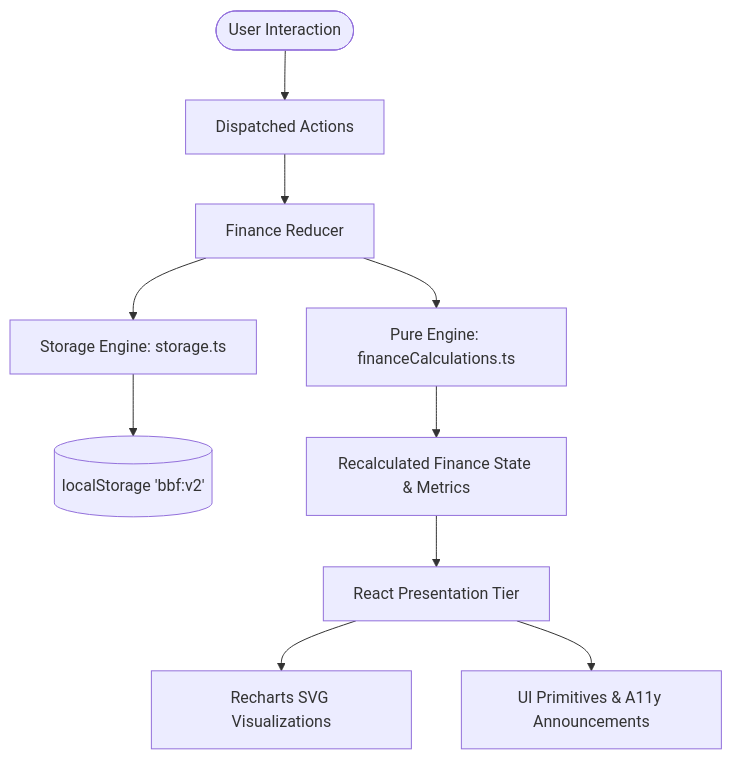
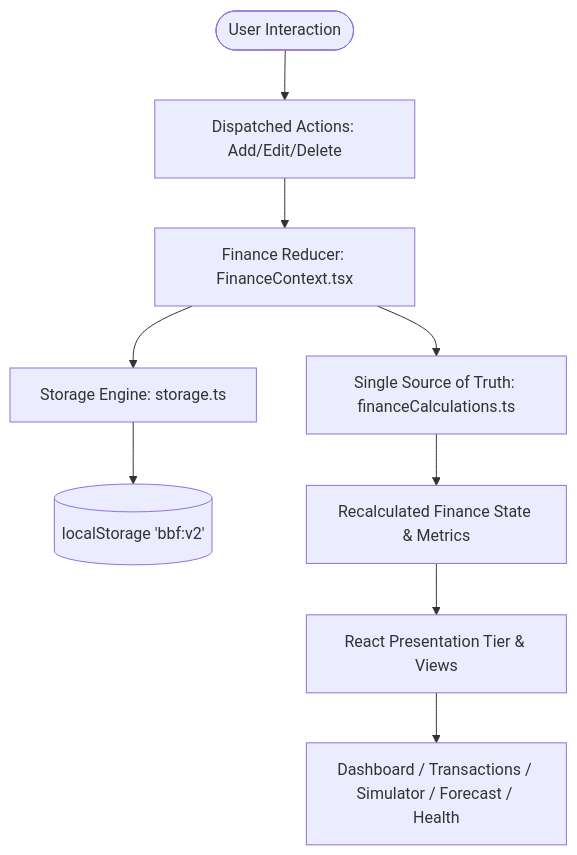
The diagram in README.md (gopalshinde01/broke-but-functional-), drawn with Mermaid before and after one commit. The commit also changed other lines of this file and 22 other files, not shown here.

Commit message:
feat: complete financial requirements, dedicated forecast & health views, and audit gap remediation

````diff
--- a/README.md
+++ b/README.md
@@ -90,12 +92,11 @@
 ```mermaid
 graph TD
-    User([User Interaction]) --> Actions[Dispatched Actions]
-    Actions --> Reducer[Finance Reducer]
-    Reducer --> Engine[Pure Engine: financeCalculations.ts]
+    User([User Interaction]) --> Actions[Dispatched Actions: Add/Edit/Delete]
+    Actions --> Reducer[Finance Reducer: FinanceContext.tsx]
+    Reducer --> Engine[Single Source of Truth: financeCalculations.ts]
     Reducer --> Storage[Storage Engine: storage.ts]
     Storage --> LS[(localStorage 'bbf:v2')]
     Engine --> ContextState[Recalculated Finance State & Metrics]
-    ContextState --> Presentation[React Presentation Tier]
-    Presentation --> Recharts[Recharts SVG Visualizations]
-    Presentation --> UIPrimitives[UI Primitives & A11y Announcements]
+    ContextState --> Presentation[React Presentation Tier & Views]
+    Presentation --> Views[Dashboard / Transactions / Simulator / Forecast / Health]
 ```
````
